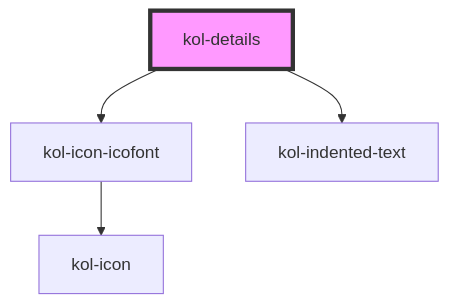
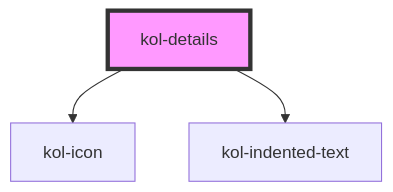
One commit to public-ui/kolibri changed the diagram in packages/library/src/components/details/readme.md. Above: the diagram before and after it, drawn with Mermaid. The commit also changed other lines of this file and 7 other files, not shown here.

````diff
--- a/packages/library/src/components/details/readme.md
+++ b/packages/library/src/components/details/readme.md
@@ -106,7 +106,6 @@
 ```mermaid
 graph TD;
-  kol-details --> kol-icon-icofont
+  kol-details --> kol-icon
   kol-details --> kol-indented-text
-  kol-icon-icofont --> kol-icon
   style kol-details fill:#f9f,stroke:#333,stroke-width:4px
 ```
````
